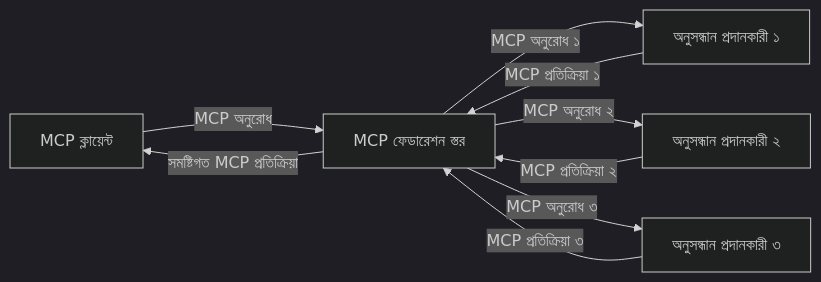
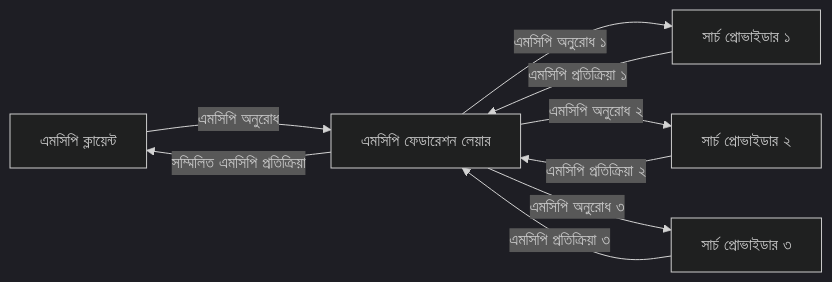
The third of 4 diagrams in translations/bn/05-AdvancedTopics/mcp-realtimesearch/README.md (microsoft/mcp-for-beginners), drawn with Mermaid (dark theme) before and after one commit. The commit also changed other lines of this file and 118 other files, not shown here.

````diff
--- a/translations/bn/05-AdvancedTopics/mcp-realtimesearch/README.md
+++ b/translations/bn/05-AdvancedTopics/mcp-realtimesearch/README.md
@@ -610,11 +612,11 @@
 ```mermaid
 graph LR
-    Client[MCP ক্লায়েন্ট] --> |MCP অনুরোধ| Federation[MCP ফেডারেশন স্তর]
-    Federation --> |MCP অনুরোধ ১| Search1[অনুসন্ধান প্রদানকারী ১]
-    Federation --> |MCP অনুরোধ ২| Search2[অনুসন্ধান প্রদানকারী ২]
-    Federation --> |MCP অনুরোধ ৩| Search3[অনুসন্ধান প্রদানকারী ৩]
-    Search1 --> |MCP প্রতিক্রিয়া ১| Federation
-    Search2 --> |MCP প্রতিক্রিয়া ২| Federation
-    Search3 --> |MCP প্রতিক্রিয়া ৩| Federation
-    Federation --> |সমষ্টিগত MCP প্রতিক্রিয়া| Client
+    Client[এমসিপি ক্লায়েন্ট] --> |এমসিপি অনুরোধ| Federation[এমসিপি ফেডারেশন লেয়ার]
+    Federation --> |এমসিপি অনুরোধ ১| Search1[সার্চ প্রোভাইডার ১]
+    Federation --> |এমসিপি অনুরোধ ২| Search2[সার্চ প্রোভাইডার ২]
+    Federation --> |এমসিপি অনুরোধ ৩| Search3[সার্চ প্রোভাইডার ৩]
+    Search1 --> |এমসিপি প্রতিক্রিয়া ১| Federation
+    Search2 --> |এমসিপি প্রতিক্রিয়া ২| Federation
+    Search3 --> |এমসিপি প্রতিক্রিয়া ৩| Federation
+    Federation --> |সম্মিলিত এমসিপি প্রতিক্রিয়া| Client
 ```
````
